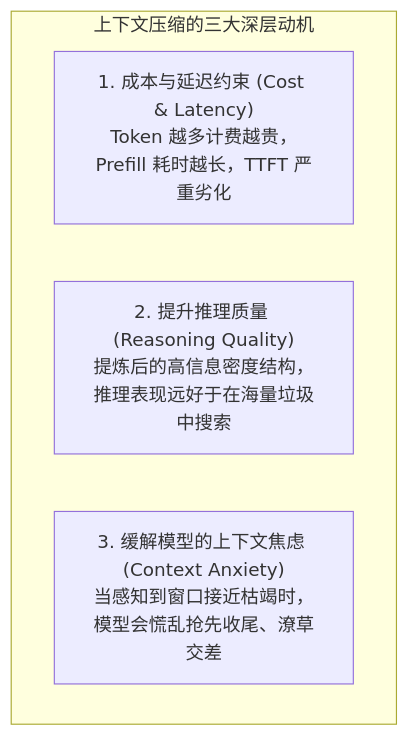
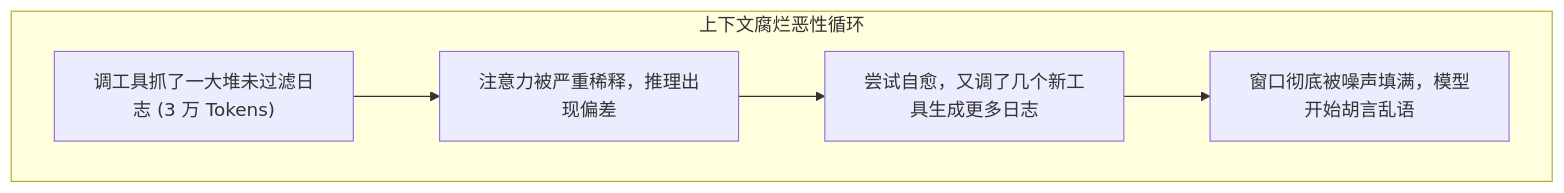
One commit to ljh12138164/ai-agent-study changed the first of 3 diagrams in app/ch02-context/05-compression-strategies/page.mdx. Above: the diagram before and after it, drawn with Mermaid. The commit also changed other lines of this file and 43 other files, not shown here.

````diff
--- a/app/ch02-context/05-compression-strategies/page.mdx
+++ b/app/ch02-context/05-compression-strategies/page.mdx
@@ -13,8 +14,8 @@
 ```mermaid
-graph TD
-    subgraph Drivers["上下文压缩的三大深层动机"]
-        D1["1. 成本与延迟约束 (Cost & Latency)<br/>Token 越多计费越贵，Prefill 耗时越长，TTFT 严重劣化"]
-        D2["2. 提升推理质量 (Reasoning Quality)<br/>提炼后的高信息密度结构，推理表现远好于在海量垃圾中搜索"]
-        D3["3. 缓解模型的上下文焦虑 (Context Anxiety)<br/>当感知到窗口接近枯竭时，模型会慌乱抢先收尾、潦草交差"]
+flowchart TD
+    subgraph Problem["上下文腐烂恶性循环"]
+        P1["调工具抓了一大堆未过滤日志 (3 万 Tokens)"] --> P2["注意力被严重稀释，推理出现偏差"]
+        P2 --> P3["尝试自愈，又调了几个新工具生成更多日志"]
+        P3 --> P4["窗口彻底被噪声填满，模型开始胡言乱语"]
     end
 ```
````
